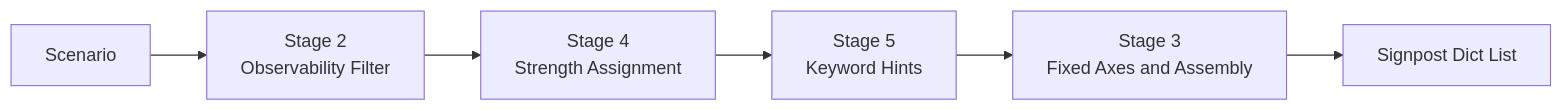
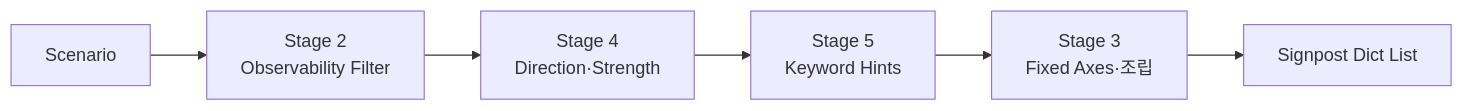
The fifth of 7 diagrams in docs/architectures/scenario_group_agent_logic.md (enkhbaatarL/skmip-mi-agent), drawn with Mermaid before and after one commit. The commit also changed other lines of this file, not shown here.

````diff
--- a/docs/architectures/scenario_group_agent_logic.md
+++ b/docs/architectures/scenario_group_agent_logic.md
@@ -387,8 +307,8 @@
 ```mermaid
 flowchart LR
     A[Scenario] --> B[Stage 2<br/>Observability Filter]
-    B --> C[Stage 4<br/>Strength Assignment]
+    B --> C[Stage 4<br/>Direction·Strength]
     C --> D[Stage 5<br/>Keyword Hints]
-    D --> E[Stage 3<br/>Fixed Axes and Assembly]
+    D --> E[Stage 3<br/>Fixed Axes·조립]
     E --> F[Signpost Dict List]
 ```
````
